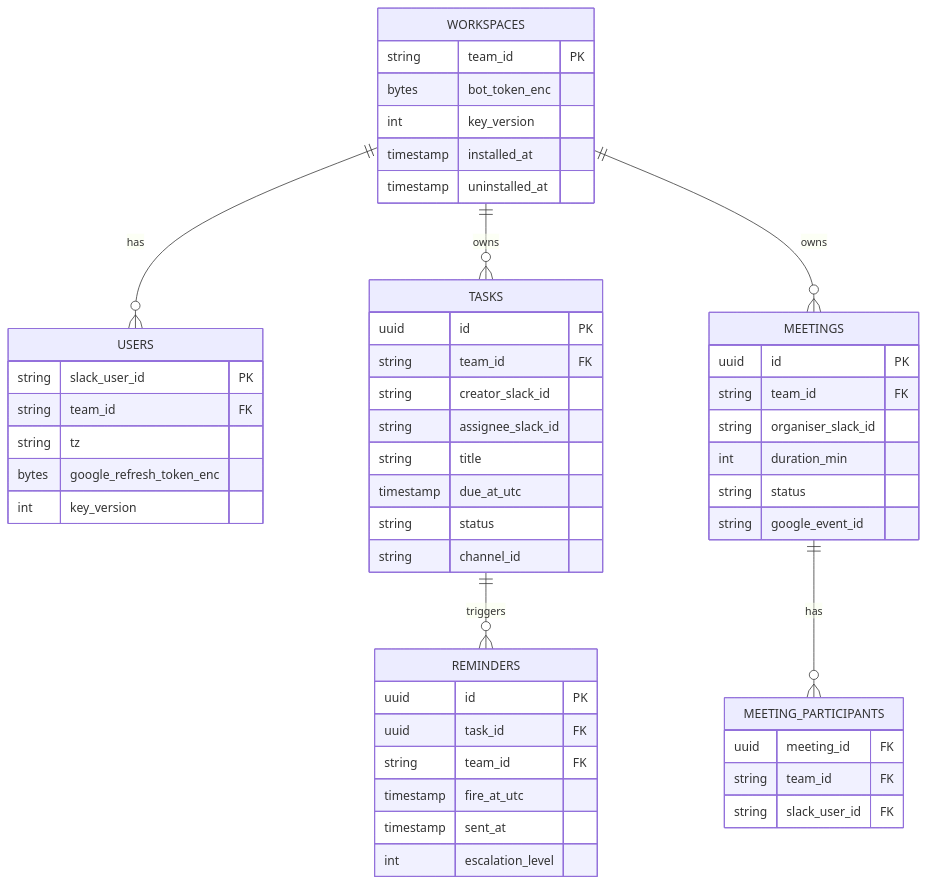
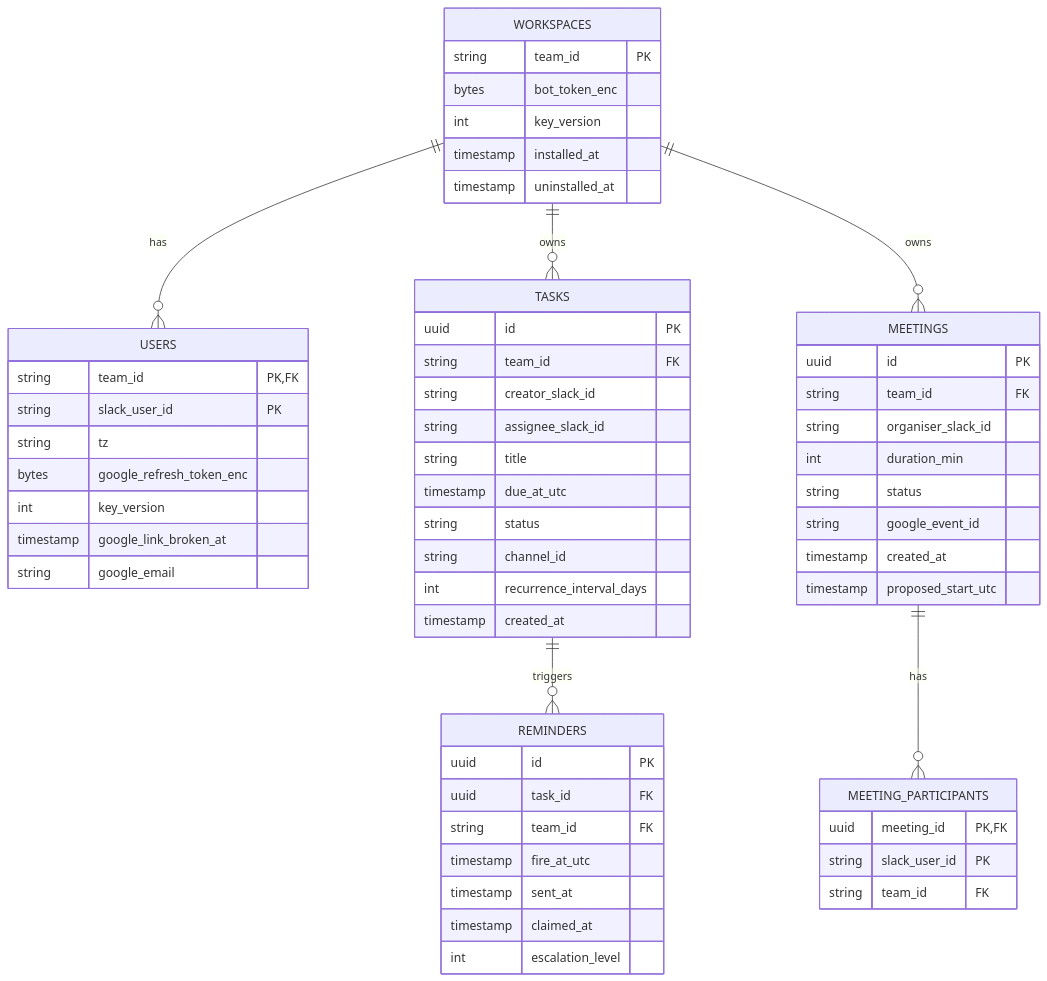
One commit to kautum/hound-bot changed the second of 2 diagrams in ARCHITECTURE.md. Above: the diagram before and after it, drawn with Mermaid. The commit also changed other lines of this file and 10 other files, not shown here.

````diff
--- a/ARCHITECTURE.md
+++ b/ARCHITECTURE.md
@@ -122,54 +125,61 @@
 ```mermaid
 erDiagram
     WORKSPACES ||--o{ USERS : has
     WORKSPACES ||--o{ TASKS : owns
     WORKSPACES ||--o{ MEETINGS : owns
     TASKS ||--o{ REMINDERS : triggers
     MEETINGS ||--o{ MEETING_PARTICIPANTS : has
 
     WORKSPACES {
         string team_id PK
         bytes bot_token_enc
         int key_version
         timestamp installed_at
         timestamp uninstalled_at
     }
     USERS {
+        string team_id PK, FK
         string slack_user_id PK
-        string team_id FK
         string tz
         bytes google_refresh_token_enc
         int key_version
+        timestamp google_link_broken_at
+        string google_email
     }
     TASKS {
         uuid id PK
         string team_id FK
         string creator_slack_id
         string assignee_slack_id
         string title
         timestamp due_at_utc
         string status
         string channel_id
+        int recurrence_interval_days
+        timestamp created_at
     }
     REMINDERS {
         uuid id PK
         uuid task_id FK
         string team_id FK
         timestamp fire_at_utc
         timestamp sent_at
+        timestamp claimed_at
         int escalation_level
     }
     MEETINGS {
         uuid id PK
         string team_id FK
         string organiser_slack_id
         int duration_min
         string status
         string google_event_id
+        timestamp created_at
+        timestamp proposed_start_utc
     }
     MEETING_PARTICIPANTS {
-        uuid meeting_id FK
+        uuid meeting_id PK, FK
+        string slack_user_id PK
         string team_id FK
-        string slack_user_id FK
     }
 ```
````
